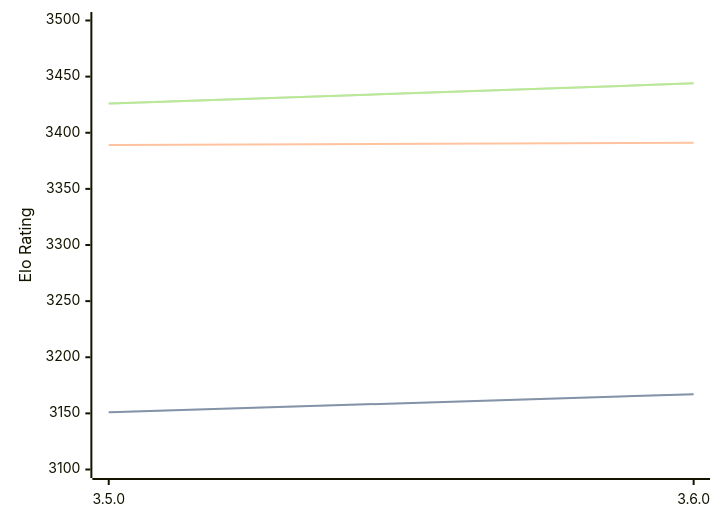
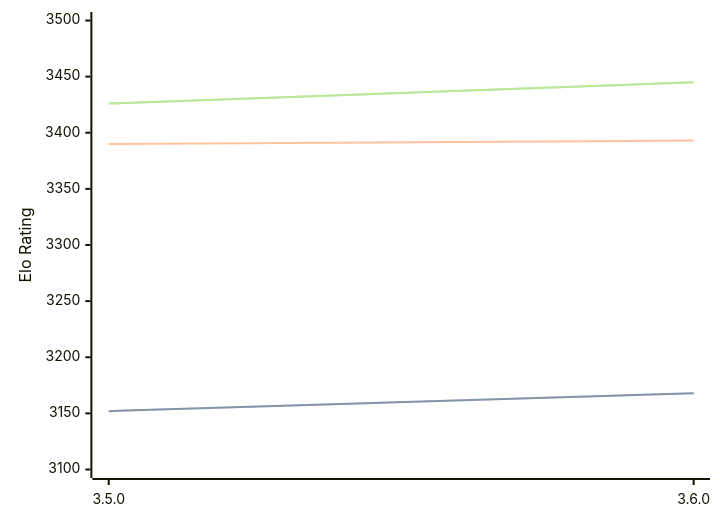
One commit to computer-chess-index/cci changed the first of 3 diagrams in engines/Igel.md. Above: the diagram before and after it, drawn with Mermaid. The commit also changed other lines of this file, not shown here.

Commit message:
Update CCI Ratings (ELO VLTC) - 2026-06-30

````diff
--- a/engines/Igel.md
+++ b/engines/Igel.md
@@ -68,11 +68,11 @@
 ```mermaid
 %%{init: {"theme":"base","themeVariables":{"seriesColors:['#a3a3a3','#222221','#faa371']}}}%%
 xychart-beta
   x-axis ["3.5.0", "3.6.0"]
   y-axis "Elo Rating" 3100 --> 3500
-  line "STC (8.0+0.08s)" [3151, 3167]
-  line "STC (8.0+0.08s)" [3151, 3167]
-  line "LTC (60.0+0.60s)" [3389, 3391]
-  line "VLTC (2m24s+1.12s)" [3426, 3444]
-  line "VLTC (2m24s+1.12s)" [3426, 3444]
+  line "STC (8.0+0.08s)" [3152, 3168]
+  line "STC (8.0+0.08s)" [3152, 3168]
+  line "LTC (60.0+0.60s)" [3390, 3393]
+  line "VLTC (2m24s+1.12s)" [3426, 3445]
+  line "VLTC (2m24s+1.12s)" [3426, 3445]
 ```
````
